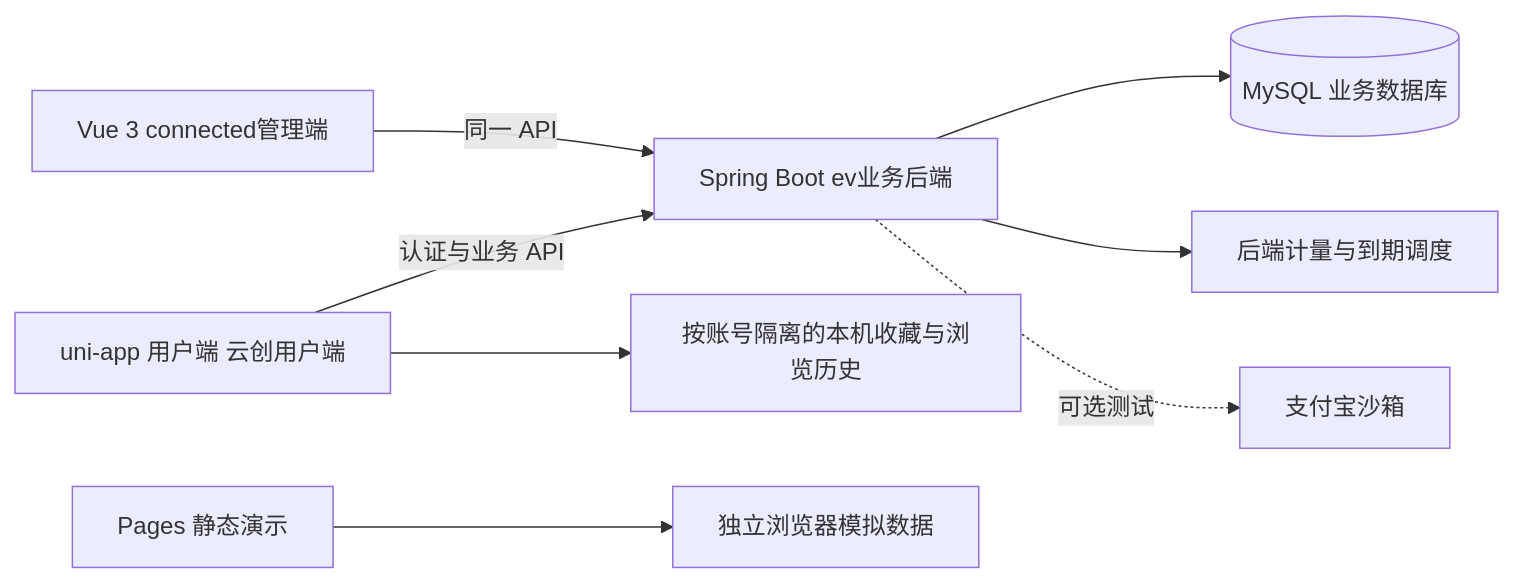
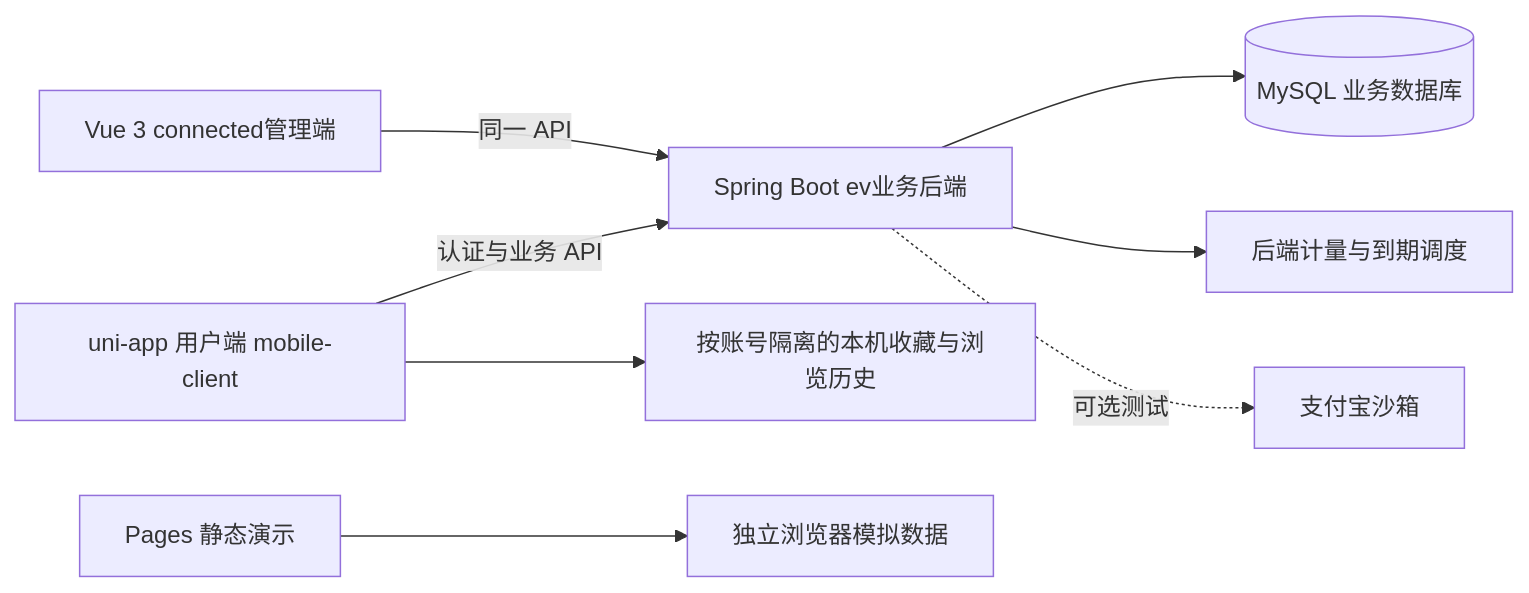
Before and after one commit to ifox-hu/campus-ebike-charging: the first of 4 diagrams in docs/graduation-architecture.md, drawn with Mermaid. The commit also changed 78 other files, not shown here.

Commit message:
feat: include current mobile client alongside administration app

````diff
--- a/docs/graduation-architecture.md
+++ b/docs/graduation-architecture.md
@@ -7,10 +7,10 @@
 ```mermaid
 flowchart LR
- U[uni-app 用户端 云创用户端] -->|认证与业务 API| B[Spring Boot ev业务后端]
+ U[uni-app 用户端 mobile-client] -->|认证与业务 API| B[Spring Boot ev业务后端]
  A[Vue 3 connected管理端] -->|同一 API| B
  B --> D[(MySQL 业务数据库)]
  B --> S[后端计量与到期调度]
  B -.可选测试.-> P[支付宝沙箱]
  U --> L[按账号隔离的本机收藏与浏览历史]
  X[Pages 静态演示] --> Y[独立浏览器模拟数据]
 ```
````
